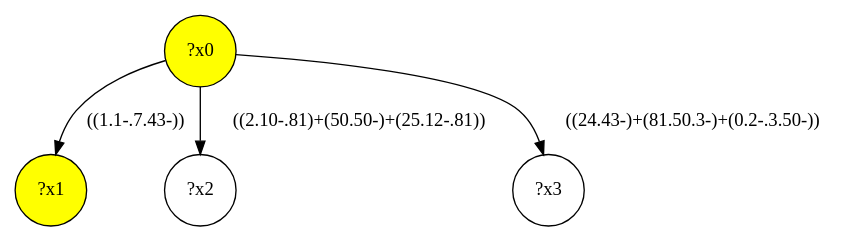
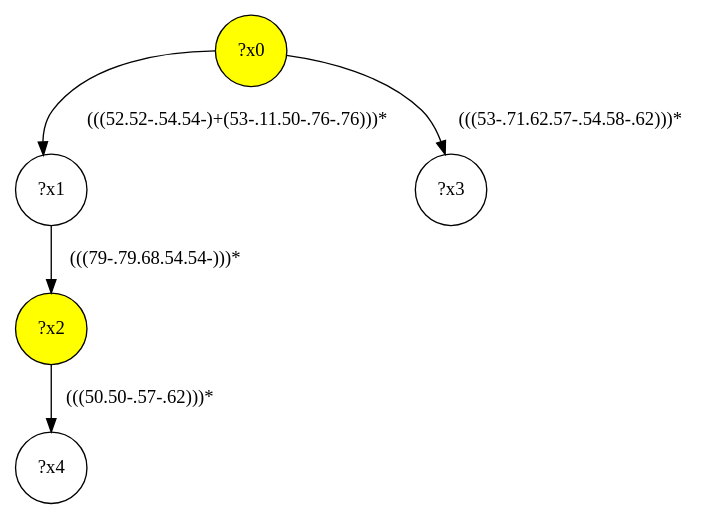
Before and after one commit to MathieuGicquel/federated-benchmark: the diagram in lib/gmark/demo/shop/shop-interface/query-17.dot, drawn with Graphviz. The commit also changed 354 other files, not shown here.

```diff
--- a/lib/gmark/demo/shop/shop-interface/query-17.dot
+++ b/lib/gmark/demo/shop/shop-interface/query-17.dot
@@ -1,9 +1,11 @@
 digraph g {
 	x0 [fillcolor="yellow", style="filled," shape=circle, label="?x0"];
-	x1 [fillcolor="yellow", style="filled," shape=circle, label="?x1"];
-	x0 -> x1 [label="((1.1-.7.43-))"];
-	x2 [shape=circle, label="?x2"];
-	x0 -> x2 [label="((2.10-.81)+(50.50-)+(25.12-.81))"];
+	x2 [fillcolor="yellow", style="filled," shape=circle, label="?x2"];
+	x1 [shape=circle, label="?x1"];
+	x0 -> x1 [label="(((52.52-.54.54-)+(53-.11.50-.76-.76)))*"];
+	x1 -> x2 [label="(((79-.79.68.54.54-)))*"];
 	x3 [shape=circle, label="?x3"];
-	x0 -> x3 [label="((24.43-)+(81.50.3-)+(0.2-.3.50-))"];
+	x0 -> x3 [label="(((53-.71.62.57-.54.58-.62)))*"];
+	x4 [shape=circle, label="?x4"];
+	x2 -> x4 [label="(((50.50-.57-.62)))*"];
 }
```
